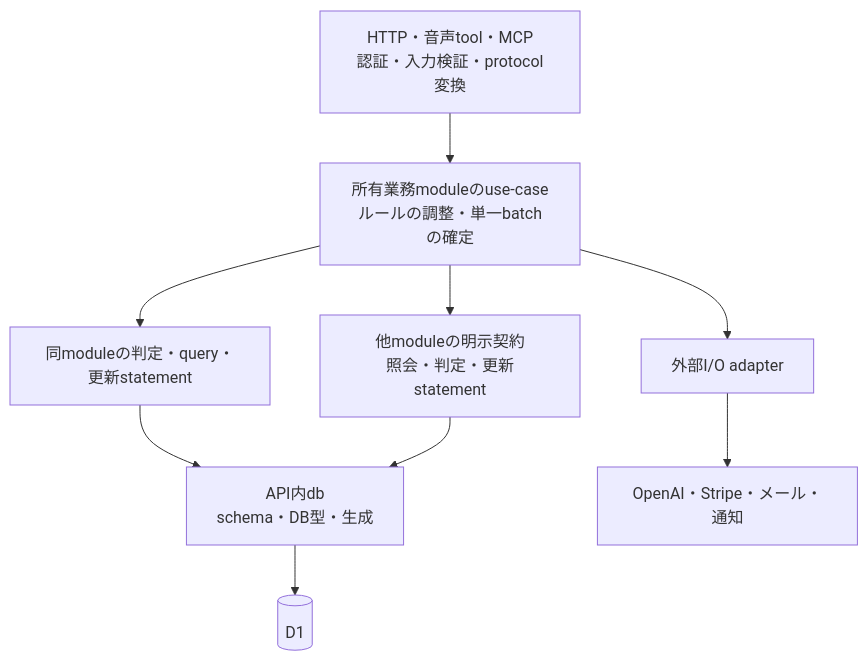
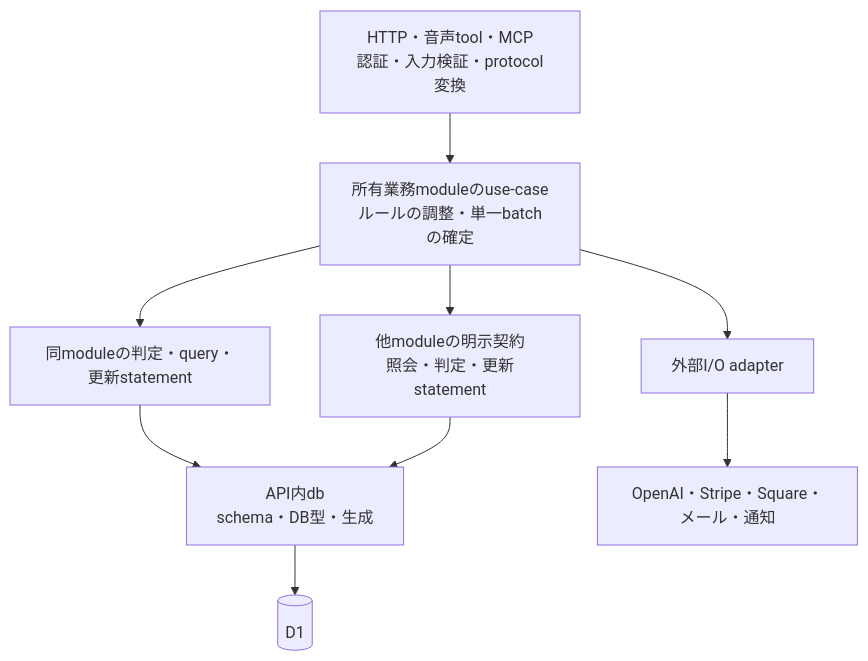
One commit to kit-codex-hack-fes-2026/tablecast-poc changed the second of 2 diagrams in docs/architecture.md. Above: the diagram before and after it, drawn with Mermaid. The commit also changed other lines of this file and 78 other files, not shown here.

````diff
--- a/docs/architecture.md
+++ b/docs/architecture.md
@@ -122,19 +122,19 @@
 ```mermaid
 flowchart TD
     Entry["HTTP・音声tool・MCP<br/>認証・入力検証・protocol変換"]
     UseCase["所有業務moduleのuse-case<br/>ルールの調整・単一batchの確定"]
     Own["同moduleの判定・query・更新statement"]
     Other["他moduleの明示契約<br/>照会・判定・更新statement"]
     IO["外部I/O adapter"]
     DB["API内db<br/>schema・DB型・生成"]
     D1[(D1)]
-    External["OpenAI・Stripe・メール・通知"]
+    External["OpenAI・Stripe・Square・メール・通知"]
     Entry --> UseCase
     UseCase --> Own
     UseCase --> Other
     UseCase --> IO
     Own --> DB
     Other --> DB
     DB --> D1
     IO --> External
 ```
````
